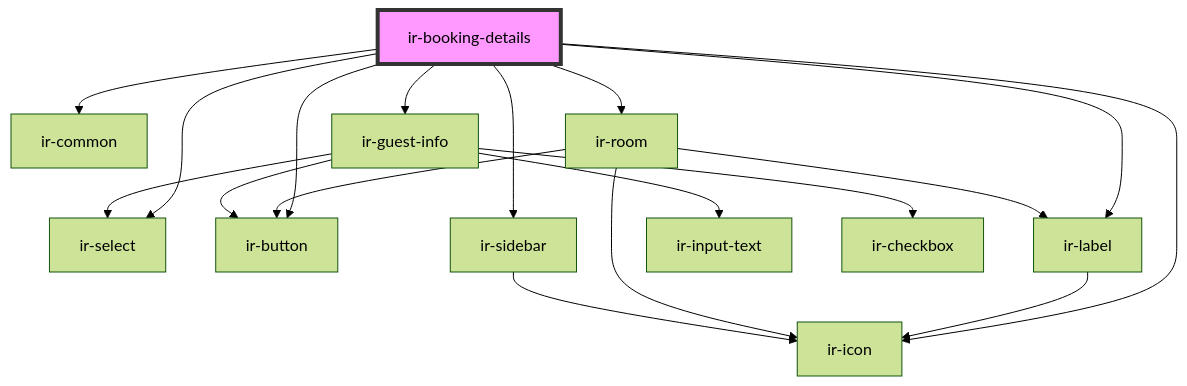
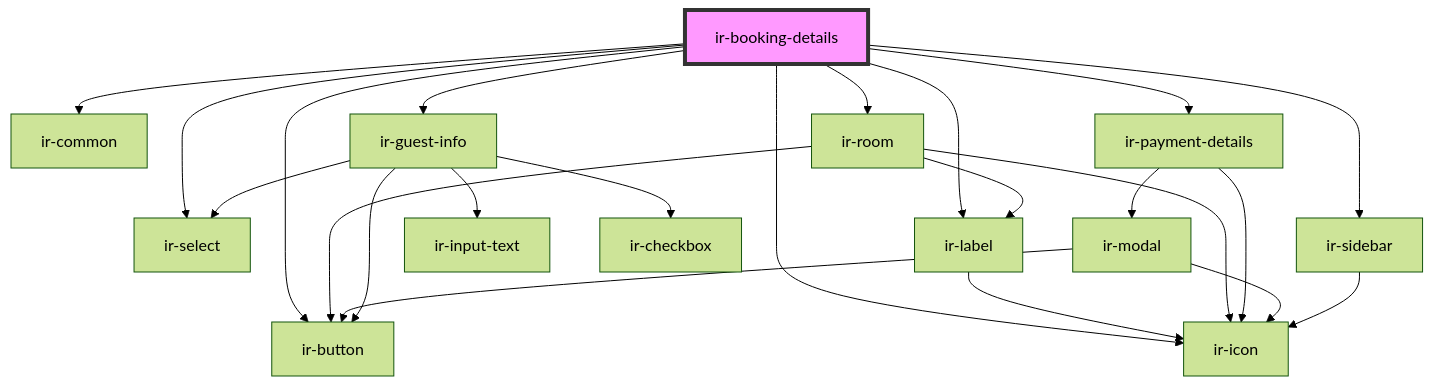
One commit to David1Chowaifaty/modified-ir-webcmp changed the diagram in src/components/ir-booking-details/readme.md. Above: the diagram before and after it, drawn with Mermaid (forest theme). The commit also changed other lines of this file and 5 other files, not shown here.

````diff
--- a/src/components/ir-booking-details/readme.md
+++ b/src/components/ir-booking-details/readme.md
@@ -64,21 +65,26 @@
 ```mermaid
 graph TD;
   ir-booking-details --> ir-common
   ir-booking-details --> ir-select
   ir-booking-details --> ir-button
   ir-booking-details --> ir-icon
   ir-booking-details --> ir-label
   ir-booking-details --> ir-room
+  ir-booking-details --> ir-payment-details
   ir-booking-details --> ir-sidebar
   ir-booking-details --> ir-guest-info
   ir-label --> ir-icon
   ir-room --> ir-icon
   ir-room --> ir-button
   ir-room --> ir-label
+  ir-payment-details --> ir-icon
+  ir-payment-details --> ir-modal
+  ir-modal --> ir-icon
+  ir-modal --> ir-button
   ir-sidebar --> ir-icon
   ir-guest-info --> ir-select
   ir-guest-info --> ir-input-text
   ir-guest-info --> ir-checkbox
   ir-guest-info --> ir-button
   style ir-booking-details fill:#f9f,stroke:#333,stroke-width:4px
 ```
````
